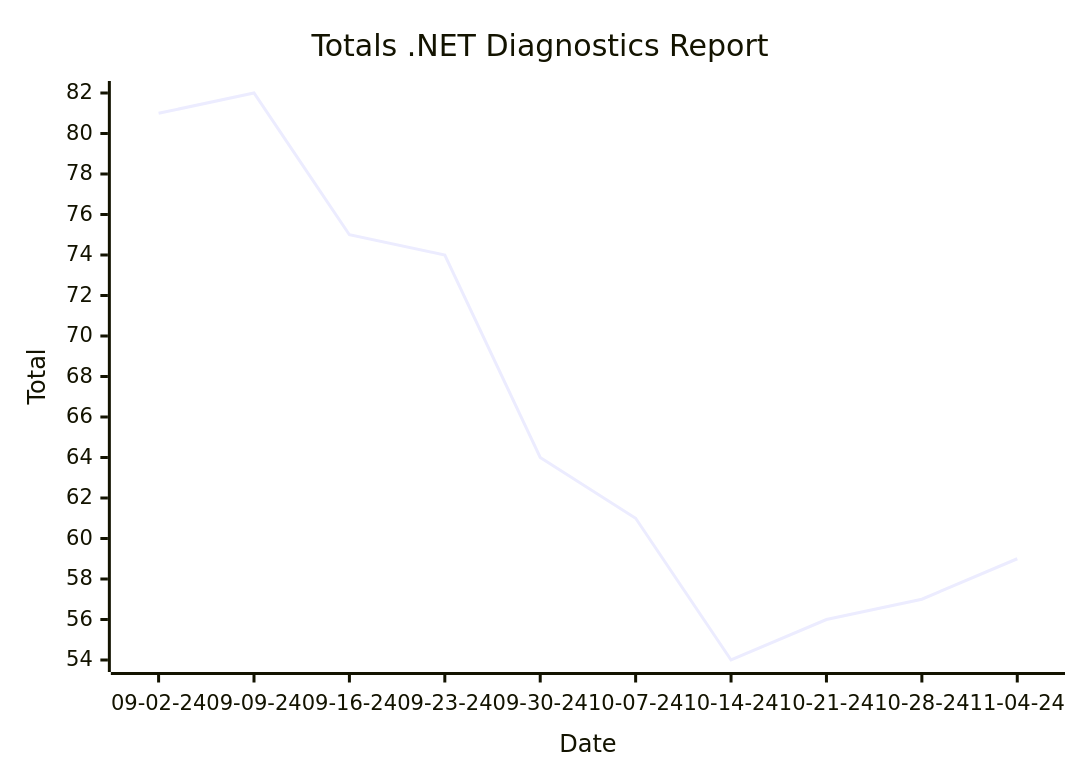
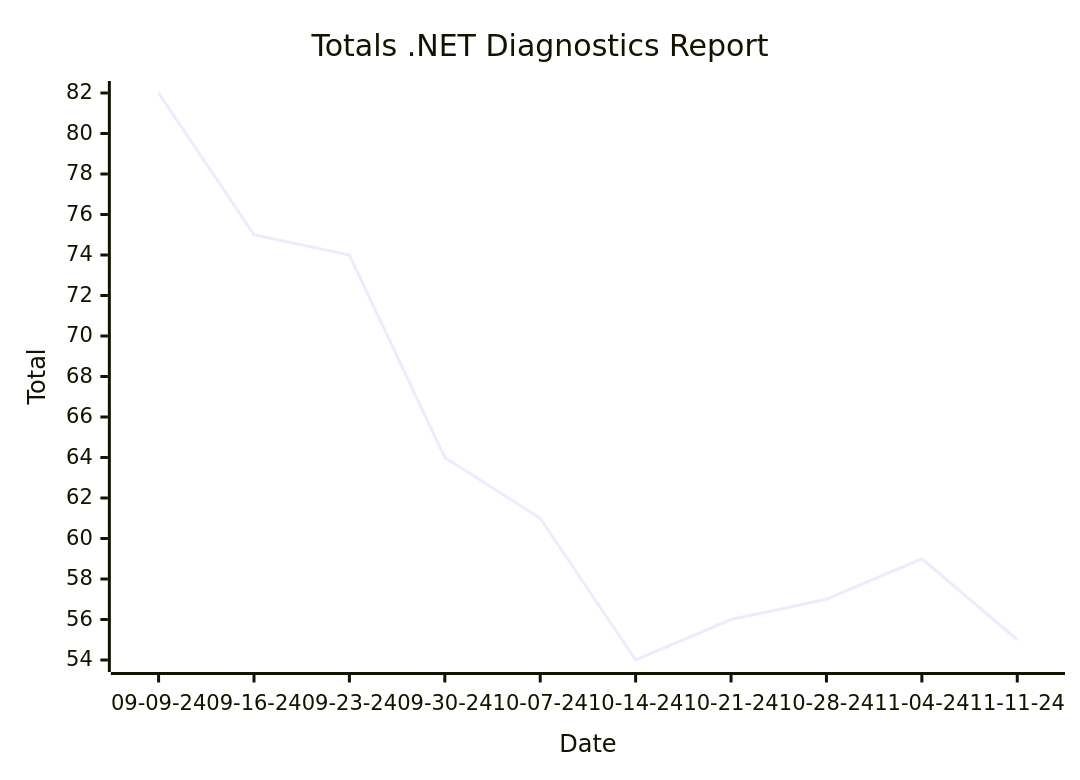
Before and after one commit to hoyosjs/gh-issue-tracker: the first of 2 diagrams in reports/README.md, drawn with Mermaid. The commit also changed other lines of this file and 4 other files, not shown here.

````diff
--- a/reports/README.md
+++ b/reports/README.md
@@ -7,7 +7,7 @@
 ```mermaid
 xychart-beta
   title "Totals .NET Diagnostics Report"
-  x-axis "Date" ["09-02-24", "09-09-24", "09-16-24", "09-23-24", "09-30-24", "10-07-24", "10-14-24", "10-21-24", "10-28-24", "11-04-24"]
+  x-axis "Date" ["09-09-24", "09-16-24", "09-23-24", "09-30-24", "10-07-24", "10-14-24", "10-21-24", "10-28-24", "11-04-24", "11-11-24"]
   y-axis "Total"
-  line [81, 82, 75, 74, 64, 61, 54, 56, 57, 59]
+  line [82, 75, 74, 64, 61, 54, 56, 57, 59, 55]
 ```
````
